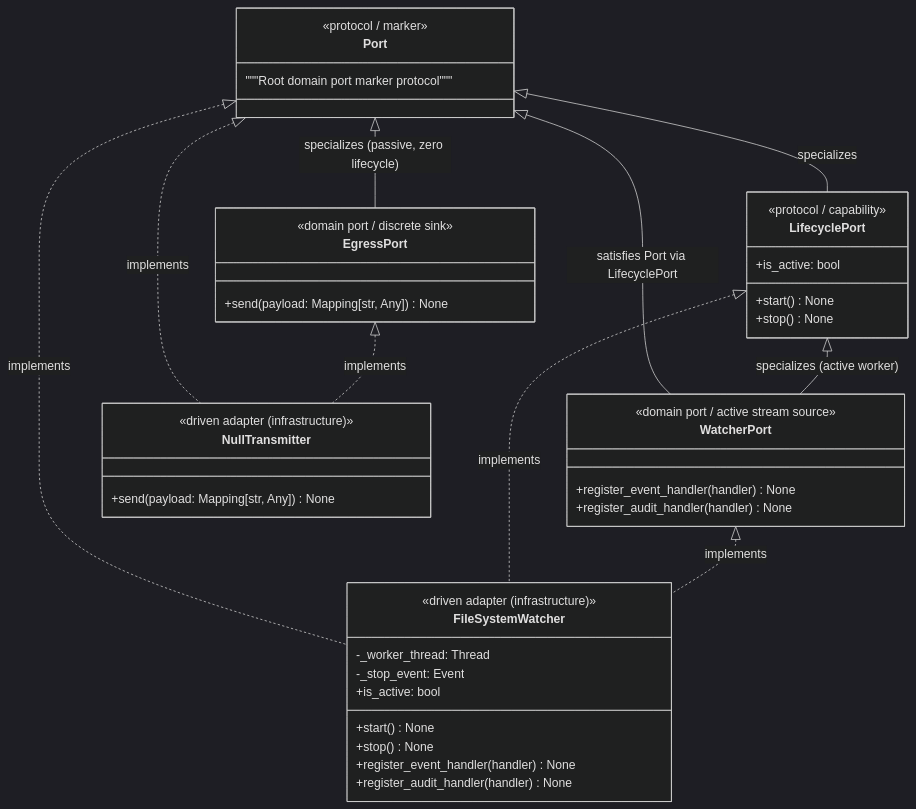
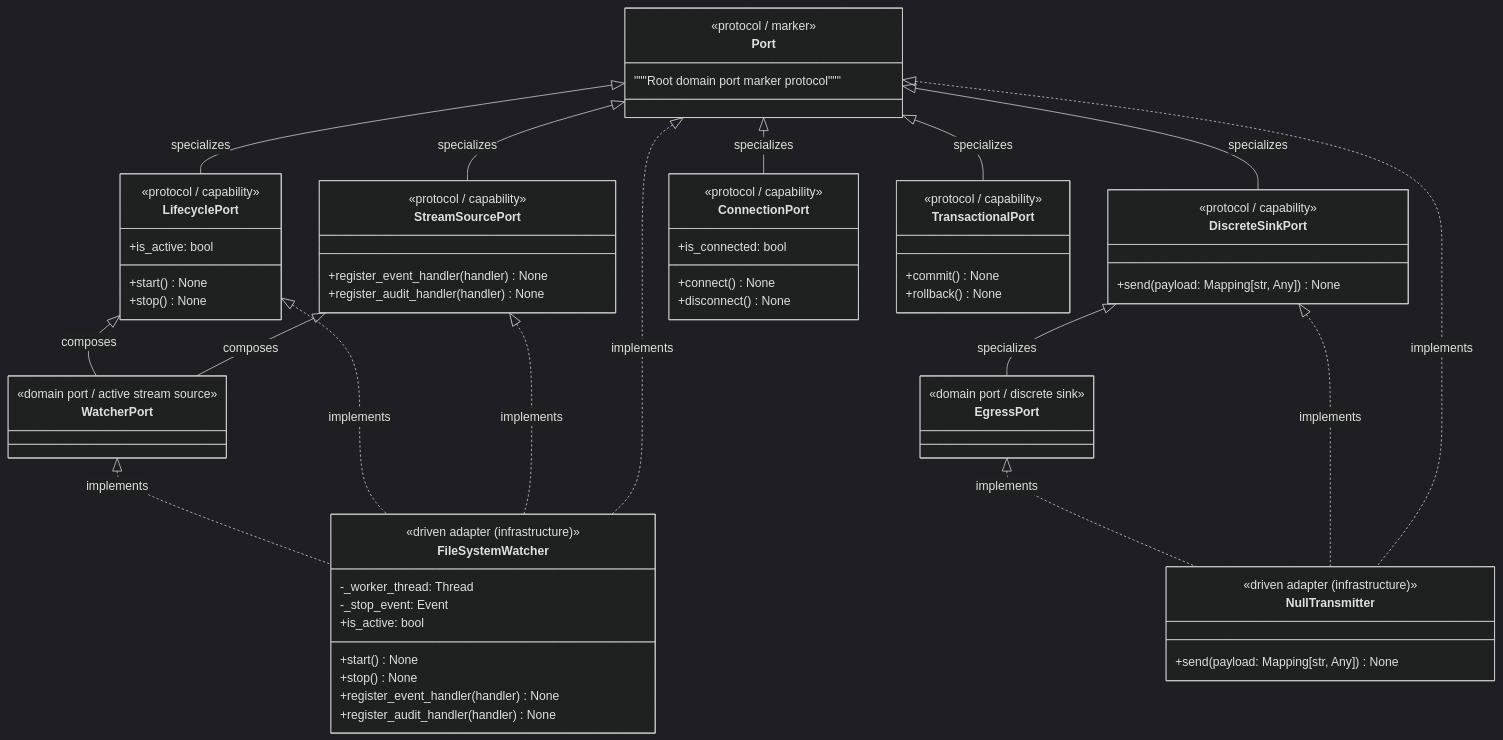
One commit to mnaatjes/ed-telemetry changed the first of 2 diagrams in architecture/designs/0013_domain_port_protocol_genealogy_and_lifecycle_governance.md. Above: the diagram before and after it, drawn with Mermaid (dark theme). The commit also changed other lines of this file, not shown here.

Commit message:
docs(sdd): articulate full suite of port capability protocols in SDD 013

````diff
--- a/architecture/designs/0013_domain_port_protocol_genealogy_and_lifecycle_governance.md
+++ b/architecture/designs/0013_domain_port_protocol_genealogy_and_lifecycle_governance.md
@@ -58,15 +58,36 @@
         +is_active: bool
     }
 
+    class DiscreteSinkPort {
+        <<protocol / capability>>
+        +send(payload: Mapping[str, Any]) None
+    }
+
+    class StreamSourcePort {
+        <<protocol / capability>>
+        +register_event_handler(handler) None
+        +register_audit_handler(handler) None
+    }
+
+    class ConnectionPort {
+        <<protocol / capability>>
+        +connect() None
+        +disconnect() None
+        +is_connected: bool
+    }
+
+    class TransactionalPort {
+        <<protocol / capability>>
+        +commit() None
+        +rollback() None
+    }
+
     class EgressPort {
         <<domain port / discrete sink>>
-        +send(payload: Mapping[str, Any]) None
     }
 
     class WatcherPort {
         <<domain port / active stream source>>
-        +register_event_handler(handler) None
-        +register_audit_handler(handler) None
     }
 
     class FileSystemWatcher {
@@ -86,14 +107,21 @@
     }
 
     Port <|-- LifecyclePort : specializes
-    Port <|-- EgressPort : specializes (passive, zero lifecycle)
-    LifecyclePort <|-- WatcherPort : specializes (active worker)
-    Port <|-- WatcherPort : satisfies Port via LifecyclePort
+    Port <|-- DiscreteSinkPort : specializes
+    Port <|-- StreamSourcePort : specializes
+    Port <|-- ConnectionPort : specializes
+    Port <|-- TransactionalPort : specializes
+
+    DiscreteSinkPort <|-- EgressPort : specializes
+    LifecyclePort <|-- WatcherPort : composes
+    StreamSourcePort <|-- WatcherPort : composes
 
     WatcherPort <|.. FileSystemWatcher : implements
     LifecyclePort <|.. FileSystemWatcher : implements
+    StreamSourcePort <|.. FileSystemWatcher : implements
     Port <|.. FileSystemWatcher : implements
 
     EgressPort <|.. NullTransmitter : implements
+    DiscreteSinkPort <|.. NullTransmitter : implements
     Port <|.. NullTransmitter : implements
 ```
````
